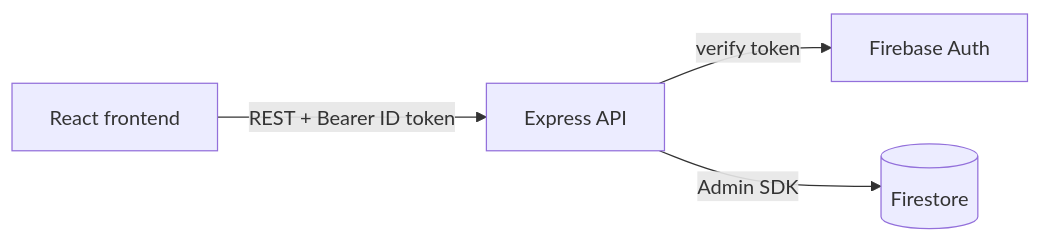
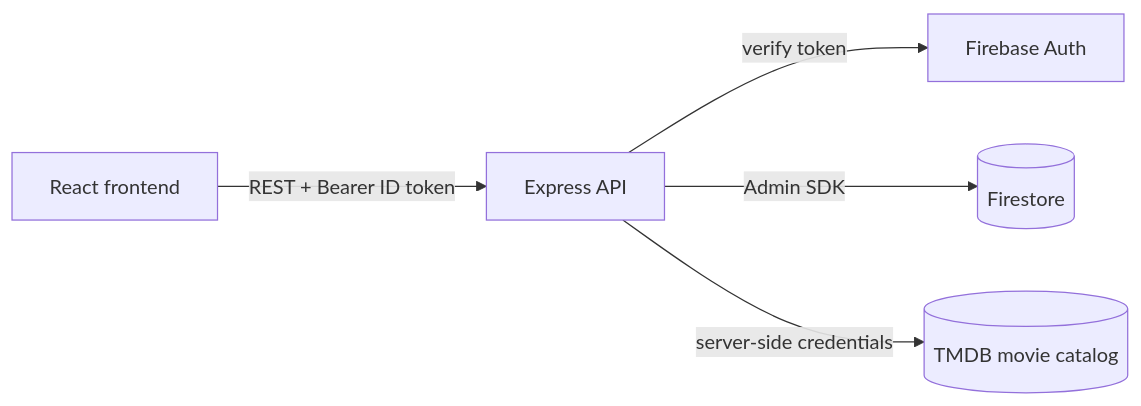
Before and after one commit to thomasdevtran/vision_bucket_backend: the diagram in README.md, drawn with Mermaid. The commit also changed other lines of this file and 1 other file, not shown here.

````diff
--- a/README.md
+++ b/README.md
@@ -42,6 +53,7 @@
 ```mermaid
 flowchart LR
     FE[React frontend] -->|REST + Bearer ID token| API[Express API]
     API -->|verify token| AUTH[Firebase Auth]
     API -->|Admin SDK| FS[(Firestore)]
+    API -->|server-side credentials| TMDB[(TMDB movie catalog)]
 ```
````
